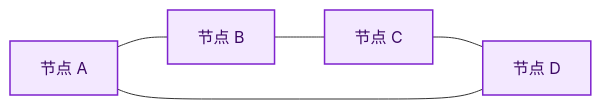
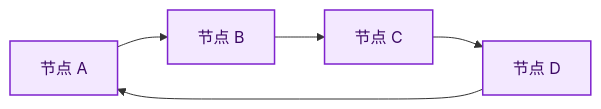
The third of 4 diagrams in 01_综合知识/01_计算机系统基础知识/03_计算机网络/08_网络工程与组网/网络拓扑结构.md (74262195/system-architect-notes), drawn with Mermaid before and after one commit. The commit also changed other lines of this file and 9 other files, not shown here.

````diff
--- a/01_综合知识/01_计算机系统基础知识/03_计算机网络/08_网络工程与组网/网络拓扑结构.md
+++ b/01_综合知识/01_计算机系统基础知识/03_计算机网络/08_网络工程与组网/网络拓扑结构.md
@@ -108,10 +109,10 @@
 ```mermaid
 %%{init: {'theme':'base','themeVariables':{'primaryColor':'#EAF3FF','primaryTextColor':'#102A43','primaryBorderColor':'#2563EB','lineColor':'#475569','fontFamily':'-apple-system, BlinkMacSystemFont, "Segoe UI", sans-serif'}}}%%
 flowchart LR
-    A[节点 A] --- B[节点 B]
-    B --- C[节点 C]
-    C --- D[节点 D]
-    D --- A
+    A[节点 A] --> B[节点 B]
+    B --> C[节点 C]
+    C --> D[节点 D]
+    D --> A
     classDef ring fill:#F3E8FF,stroke:#7E22CE,color:#3B0764,stroke-width:1.5px
     class A,B,C,D ring
 ```
````
